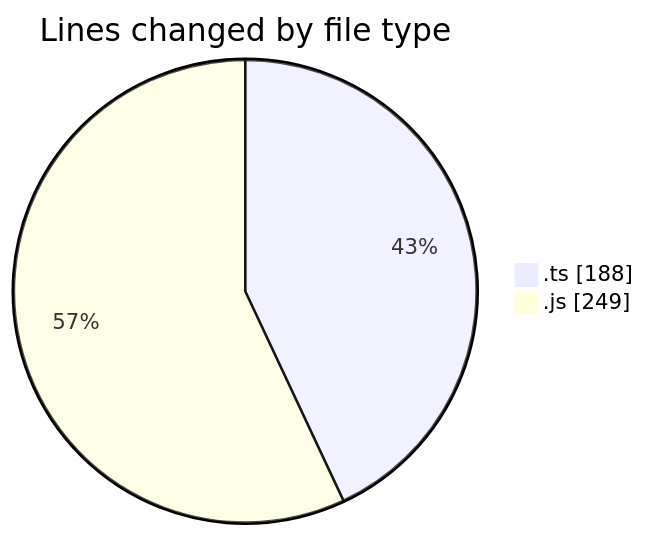
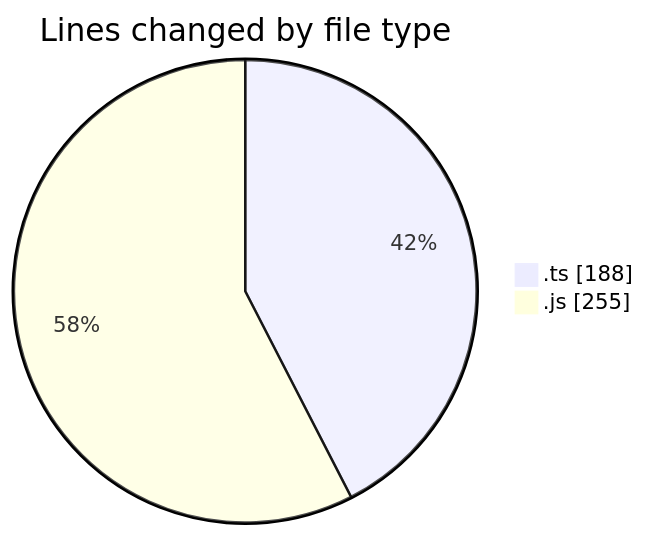
One commit to momahboobian/code-tracking changed the first of 2 diagrams in 2025-03-12/cda/README.md. Above: the diagram before and after it, drawn with Mermaid. The commit also changed other lines of this file and 1 other file, not shown here.

````diff
--- a/2025-03-12/cda/README.md
+++ b/2025-03-12/cda/README.md
@@ -25,6 +25,6 @@
 ```mermaid
 pie showData
 title Lines changed by file type
 ".ts" : 188
-".js" : 249
+".js" : 255
 ```
````
